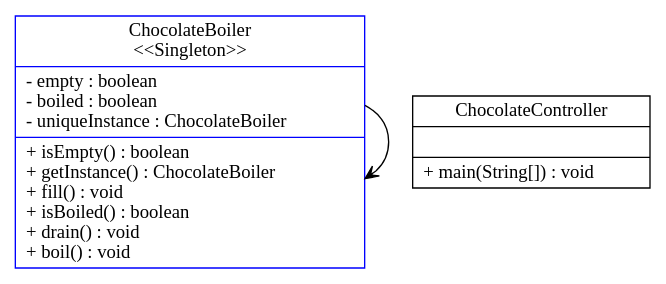
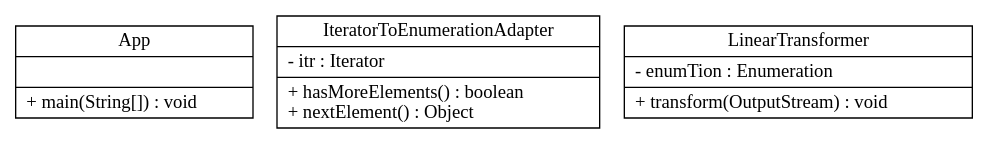
One commit to addyahyah/SassyASM changed the diagram in files/text.dot. Above: the diagram before and after it, drawn with Graphviz. The commit also changed 72 other files, not shown here.

```diff
--- a/files/text.dot
+++ b/files/text.dot
@@ -1,2 +1,10 @@
-digraph sassy_uml{node [shape = "record"] ChocolateBoiler[label = "{ChocolateBoiler\n\<\<Singleton\>\>|- empty : boolean\l- boiled : boolean\l- uniqueInstance : ChocolateBoiler\l|+ isEmpty() : boolean\l+ getInstance() : ChocolateBoiler\l+ fill() : void\l+ isBoiled() : boolean\l+ drain() : void\l+ boil() : void\l}",color=blue]ChocolateController[label = "{ChocolateController||+ main(String[]) : void\l}"]edge [arrowhead = "vee"] [style = "solid"] ChocolateBoiler->ChocolateBoiler
+digraph sassy_uml{node [shape = "record"] App[label = "{App||+ main(String[]) : void\l
+}"]
+IteratorToEnumerationAdapter[label = "{IteratorToEnumerationAdapter|- itr : Iterator\l
+|+ hasMoreElements() : boolean\l
++ nextElement() : Object\l
+}"]
+LinearTransformer[label = "{LinearTransformer|- enumTion : Enumeration\l
+|+ transform(OutputStream) : void\l
+}"]
 }
```
